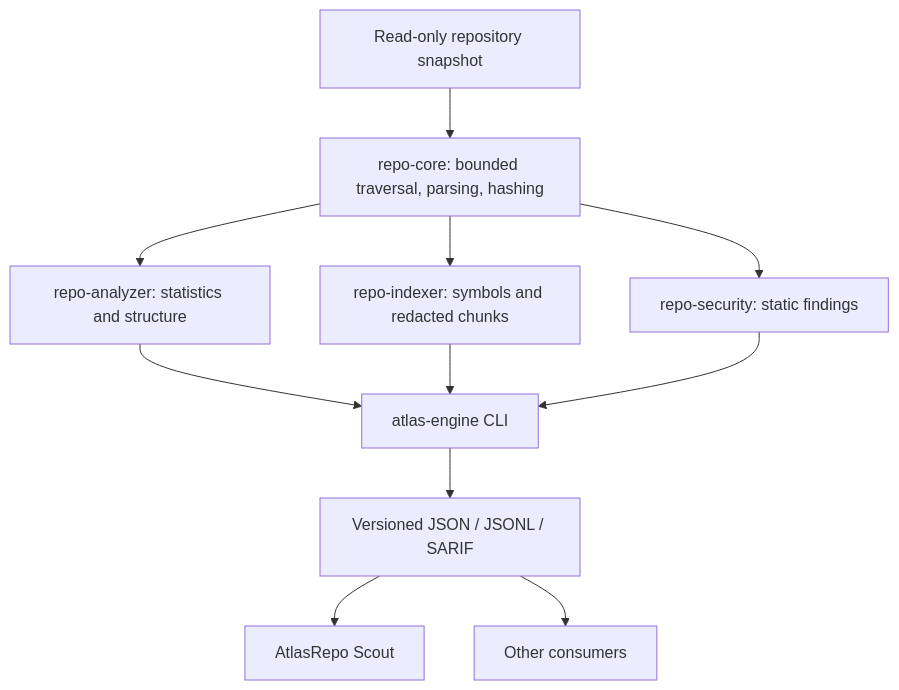
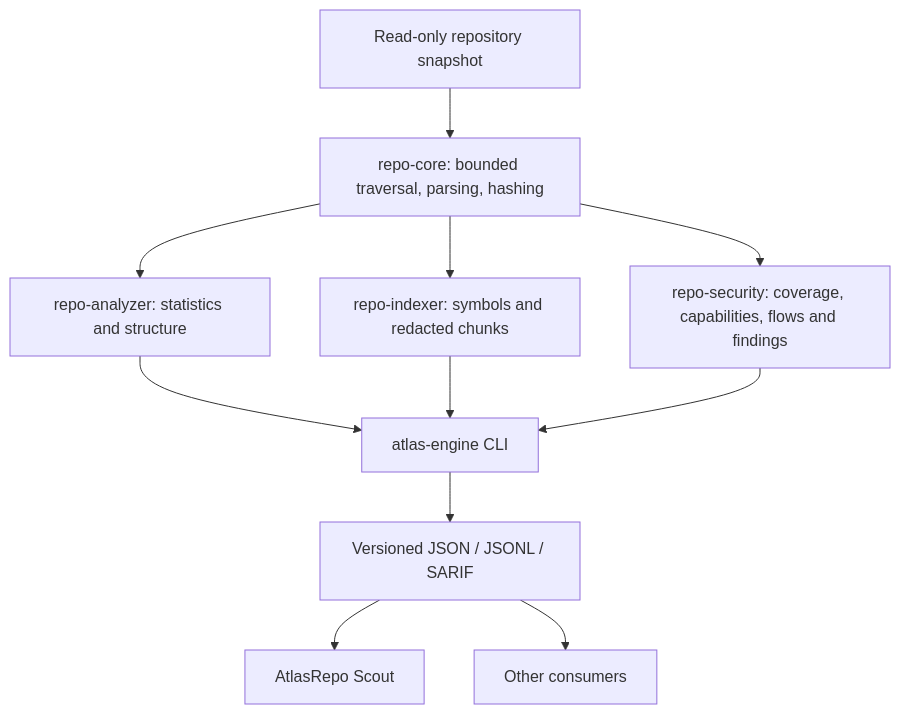
The diagram in README.md (Arnon-hs/atlas-engine), drawn with Mermaid before and after one commit. The commit also changed other lines of this file and 102 other files, not shown here.

````diff
--- a/README.md
+++ b/README.md
@@ -30,13 +37,13 @@
 ```mermaid
 flowchart TD
     R[Read-only repository snapshot] --> C[repo-core: bounded traversal, parsing, hashing]
     C --> A[repo-analyzer: statistics and structure]
     C --> I[repo-indexer: symbols and redacted chunks]
-    C --> S[repo-security: static findings]
+    C --> S[repo-security: coverage, capabilities, flows and findings]
     A --> CLI[atlas-engine CLI]
     I --> CLI
     S --> CLI
     CLI --> J[Versioned JSON / JSONL / SARIF]
     J --> Scout[AtlasRepo Scout]
     J --> Other[Other consumers]
 ```
````
